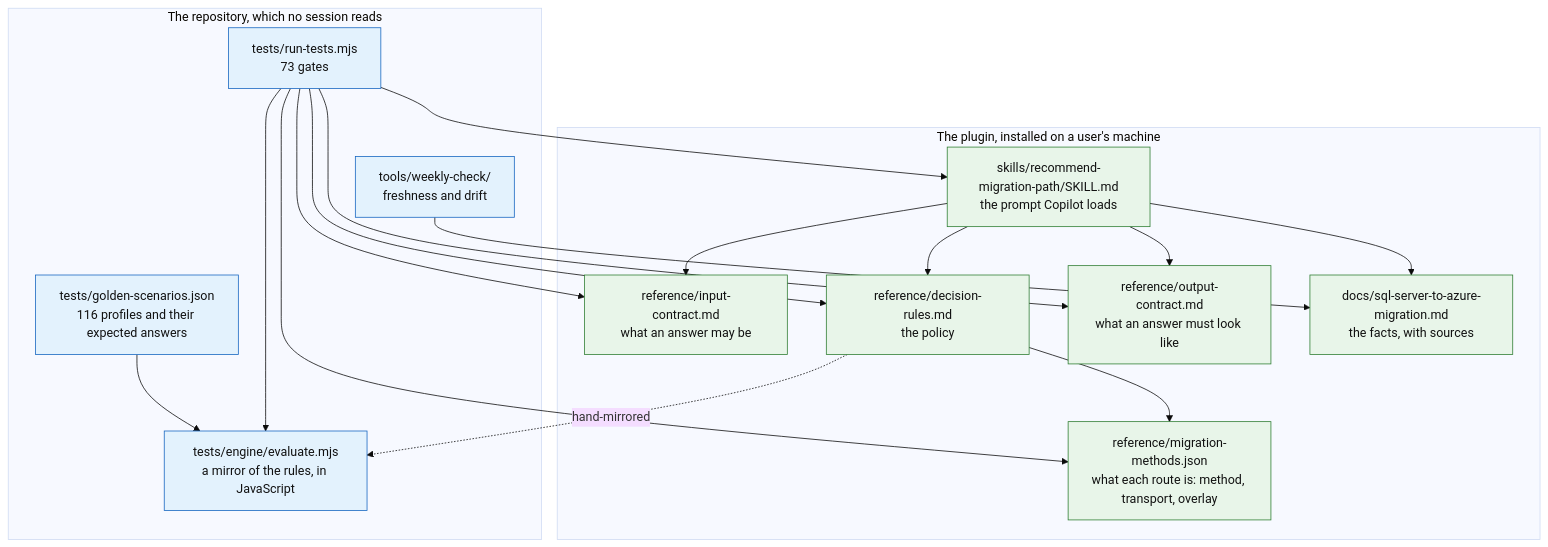
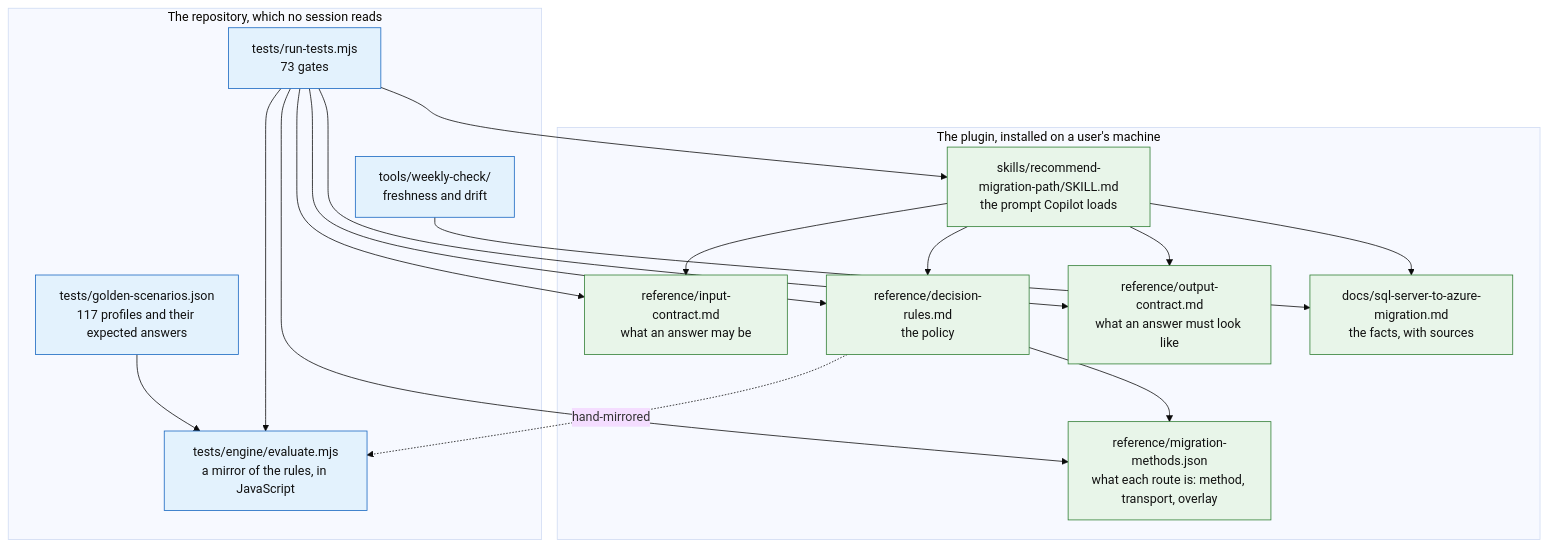
The first of 3 diagrams in docs/ARCHITECTURE.md (fredgis/sql-migration-advisor), drawn with Mermaid (base theme) before and after one commit. The commit also changed other lines of this file and 28 other files, not shown here.

````diff
--- a/docs/ARCHITECTURE.md
+++ b/docs/ARCHITECTURE.md
@@ -28,38 +28,38 @@
 ```mermaid
 flowchart TD
     subgraph plugin["The plugin, installed on a user's machine"]
       SK["skills/recommend-migration-path/SKILL.md<br/>the prompt Copilot loads"]
       IC["reference/input-contract.md<br/>what an answer may be"]
       DR["reference/decision-rules.md<br/>the policy"]
       OC["reference/output-contract.md<br/>what an answer must look like"]
       MM["reference/migration-methods.json<br/>what each route is: method, transport, overlay"]
       KB["docs/sql-server-to-azure-migration.md<br/>the facts, with sources"]
     end
 
     subgraph repo["The repository, which no session reads"]
       EN["tests/engine/evaluate.mjs<br/>a mirror of the rules, in JavaScript"]
-      GS["tests/golden-scenarios.json<br/>116 profiles and their expected answers"]
+      GS["tests/golden-scenarios.json<br/>117 profiles and their expected answers"]
       GA["tests/run-tests.mjs<br/>73 gates"]
       WK["tools/weekly-check/<br/>freshness and drift"]
     end
 
     SK --> IC
     SK --> DR
     SK --> OC
     SK --> KB
     DR --> MM
     DR -.->|hand-mirrored| EN
     GS --> EN
     GA --> EN
     GA --> SK
     GA --> IC
     GA --> DR
     GA --> OC
     GA --> MM
     WK --> KB
 
     classDef live fill:#e8f5e9,stroke:#2e7d32,color:#111
     classDef test fill:#e3f2fd,stroke:#1565c0,color:#111
     class SK,IC,DR,OC,KB,MM live
     class EN,GS,GA,WK test
 ```
````
